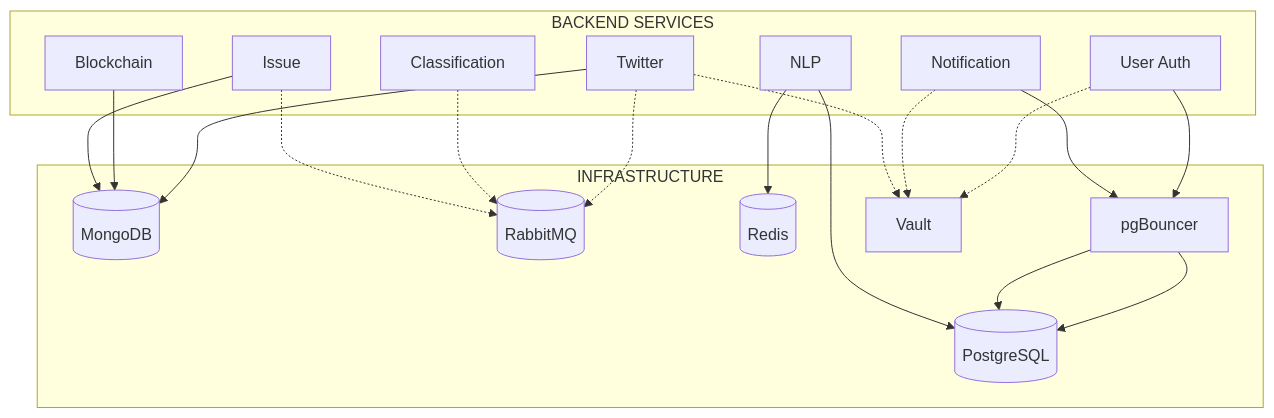
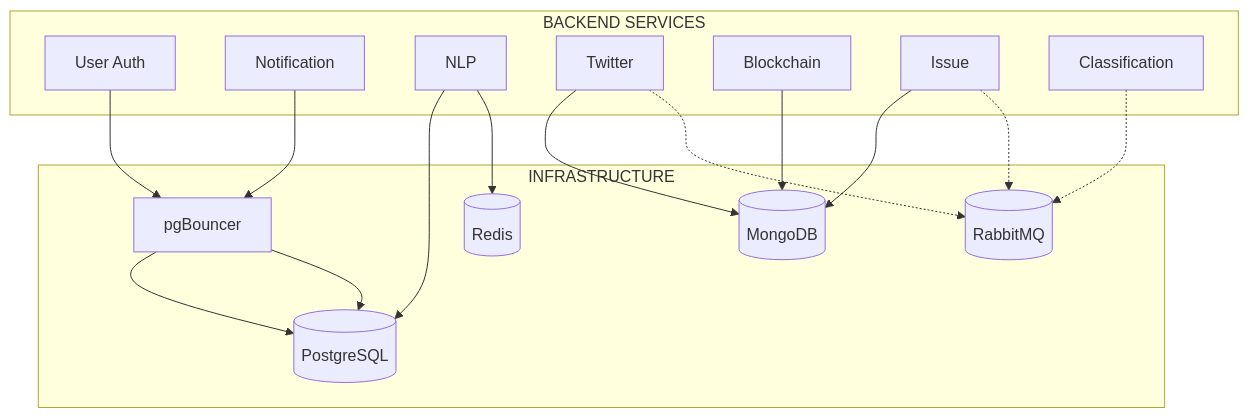
One commit to reven-erlangga/ecoguardian changed the diagram in handbook/docs/id/infrastructure/overview.md. Above: the diagram before and after it, drawn with Mermaid. The commit also changed other lines of this file and 34 other files, not shown here.

````diff
--- a/handbook/docs/id/infrastructure/overview.md
+++ b/handbook/docs/id/infrastructure/overview.md
@@ -5,35 +5,31 @@
 ```mermaid
 graph TB
     subgraph Services["BACKEND SERVICES"]
         UA[User Auth]
         NO[Notification]
         NL[NLP]
         TW[Twitter]
         BC[Blockchain]
         IS[Issue]
         CL[Classification]
     end
 
     subgraph Infra["INFRASTRUCTURE"]
         PG[(PostgreSQL)]
         MG[(MongoDB)]
         RQ[(RabbitMQ)]
         RD[(Redis)]
         PB[pgBouncer]
-        VT[Vault]
     end
 
     UA --> PB --> PG
     NO --> PB --> PG
     NL --> PG
     TW --> MG
     BC --> MG
     IS --> MG
     TW -.-> RQ
     CL -.-> RQ
     IS -.-> RQ
     NL --> RD
-    UA -.-> VT
-    NO -.-> VT
-    TW -.-> VT
 ```
````
